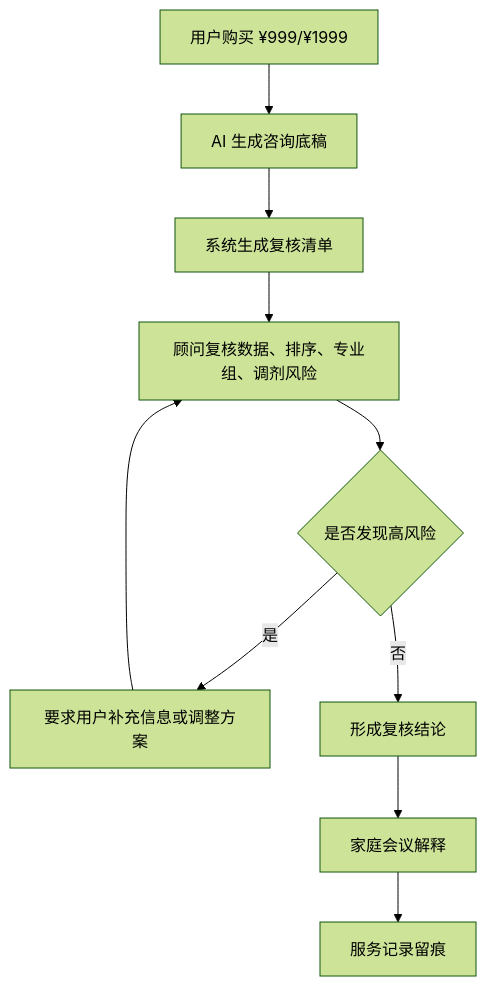
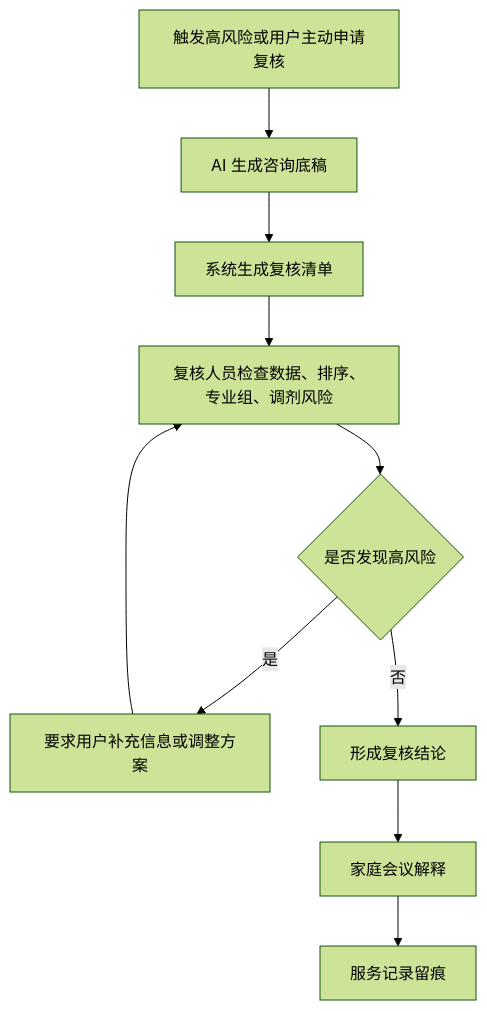
The third of 4 diagrams in README.md (debugzhao/jin-guide), drawn with Mermaid (forest theme) before and after one commit. The commit also changed other lines of this file and 2 other files, not shown here.

````diff
--- a/README.md
+++ b/README.md
@@ -178,12 +184,12 @@
 ```mermaid
 flowchart TD
-  A["用户购买 ¥999/¥1999"] --> B["AI 生成咨询底稿"]
+  A["触发高风险或用户主动申请复核"] --> B["AI 生成咨询底稿"]
   B --> C["系统生成复核清单"]
-  C --> D["顾问复核数据、排序、专业组、调剂风险"]
+  C --> D["复核人员检查数据、排序、专业组、调剂风险"]
   D --> E{"是否发现高风险"}
   E -- "是" --> F["要求用户补充信息或调整方案"]
   F --> D
   E -- "否" --> G["形成复核结论"]
   G --> H["家庭会议解释"]
   H --> I["服务记录留痕"]
 ```
````
